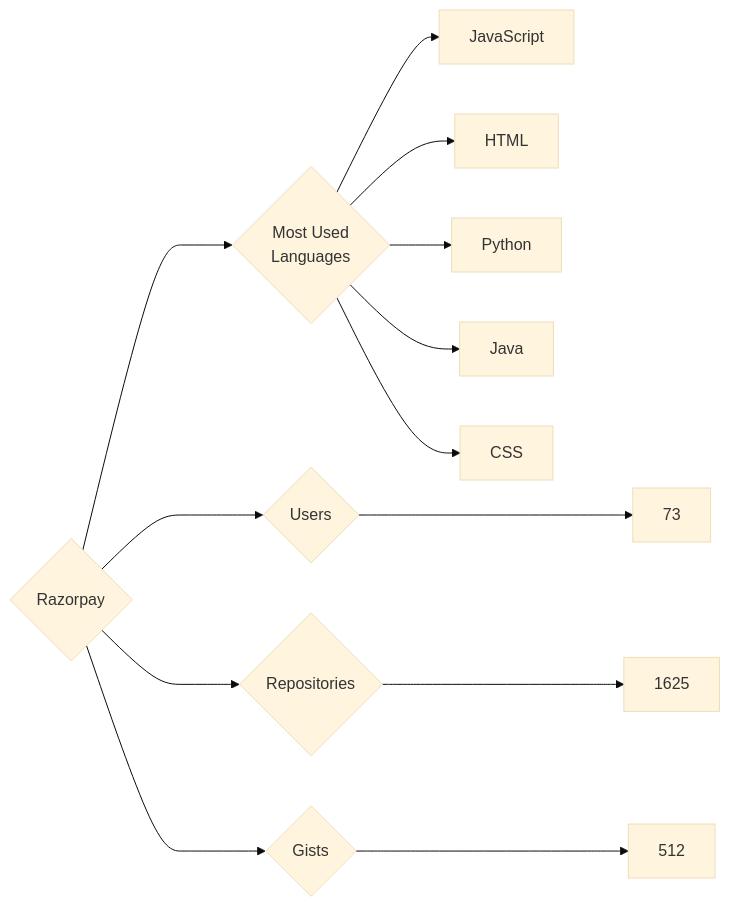
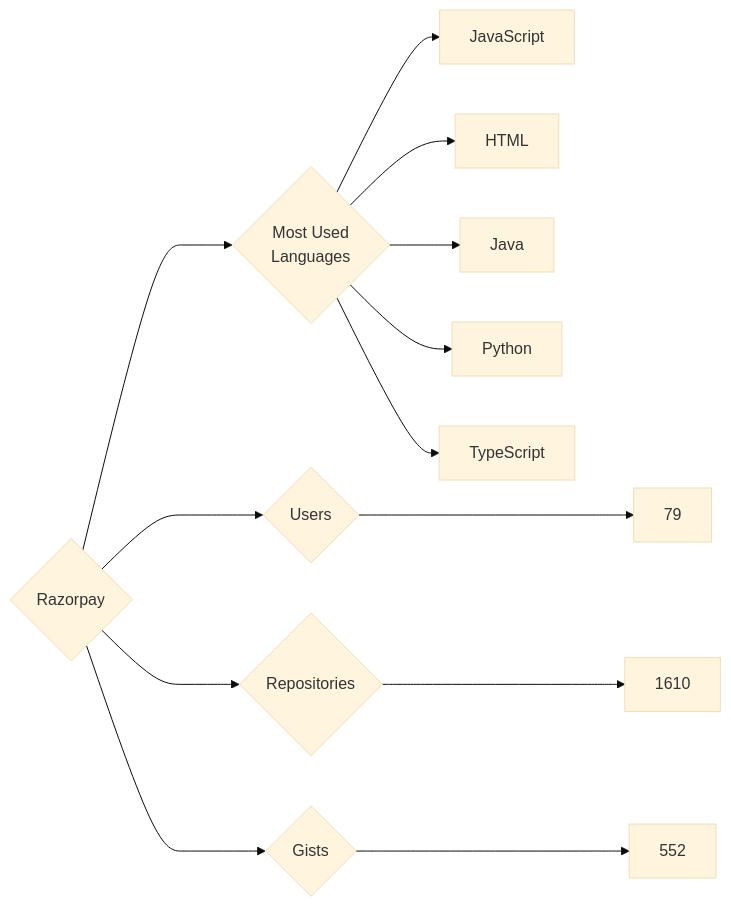
Before and after one commit to trickest/insiders: the diagram in targets/Razorpay/README.md, drawn with Mermaid (base theme). The commit also changed 912 other files, not shown here.

````diff
--- a/targets/Razorpay/README.md
+++ b/targets/Razorpay/README.md
@@ -3,13 +3,13 @@
 ```mermaid
 graph LR
 COMPANY_NAME{Razorpay}
-COMPANY_NAME ---> U{Users} ---> UN[73]
-COMPANY_NAME ---> R{Repositories} ---> RN[1625]
-COMPANY_NAME ---> G{Gists} ---> GN[512]
+COMPANY_NAME ---> U{Users} ---> UN[79]
+COMPANY_NAME ---> R{Repositories} ---> RN[1610]
+COMPANY_NAME ---> G{Gists} ---> GN[552]
 COMPANY_NAME ---> ML{Most Used<br>Languages}
 ML --> JavaScript[JavaScript]
 ML --> HTML[HTML]
+ML --> Java[Java]
 ML --> Python[Python]
-ML --> Java[Java]
-ML --> CSS[CSS]
+ML --> TypeScript[TypeScript]
 ```
````
